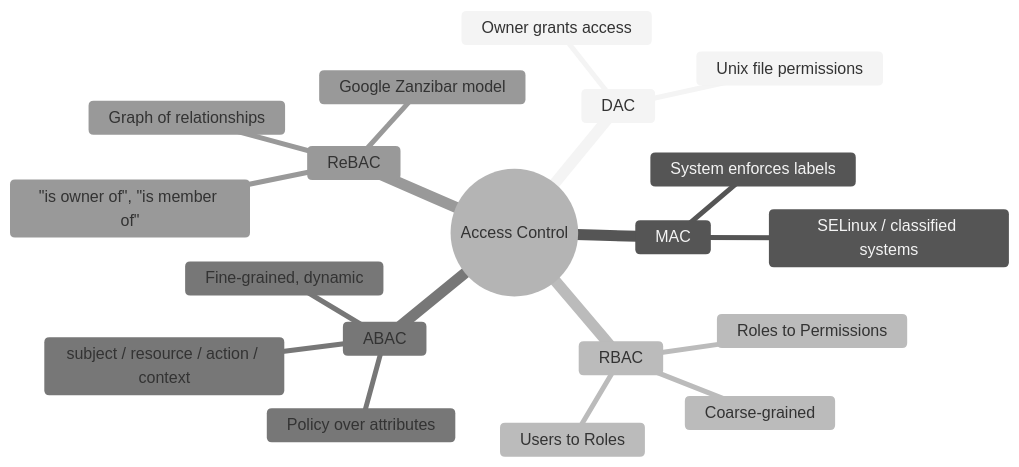
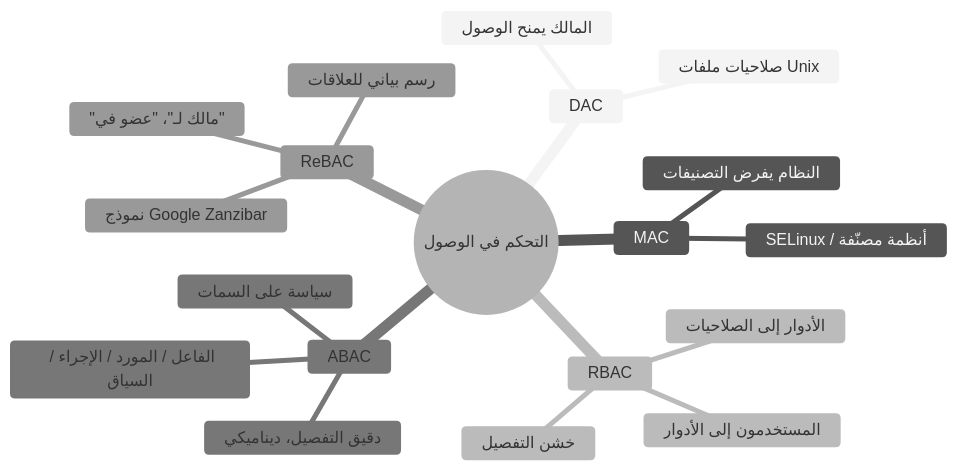
Before and after one commit to ibra-kdbra/banije: the third of 8 diagrams in src/content/translate/ar/identity-and-access-in-depth.md, drawn with Mermaid (neutral theme). The commit also changed other lines of this file and 33 other files, not shown here.

````diff
--- a/src/content/translate/ar/identity-and-access-in-depth.md
+++ b/src/content/translate/ar/identity-and-access-in-depth.md
@@ -140,22 +140,22 @@
 ```mermaid
 mindmap
-  root((Access Control))
+  root((التحكم في الوصول))
     DAC
-      Owner grants access
-      Unix file permissions
+      المالك يمنح الوصول
+      صلاحيات ملفات Unix
     MAC
-      System enforces labels
-      SELinux / classified systems
+      النظام يفرض التصنيفات
+      SELinux / أنظمة مصنّفة
     RBAC
-      Users to Roles
-      Roles to Permissions
-      Coarse-grained
+      المستخدمون إلى الأدوار
+      الأدوار إلى الصلاحيات
+      خشن التفصيل
     ABAC
-      Policy over attributes
-      subject / resource / action / context
-      Fine-grained, dynamic
+      سياسة على السمات
+      الفاعل / المورد / الإجراء / السياق
+      دقيق التفصيل، ديناميكي
     ReBAC
-      Graph of relationships
-      "is owner of", "is member of"
-      Google Zanzibar model
+      رسم بياني للعلاقات
+      "مالك لـ"، "عضو في"
+      نموذج Google Zanzibar
 ```
````
